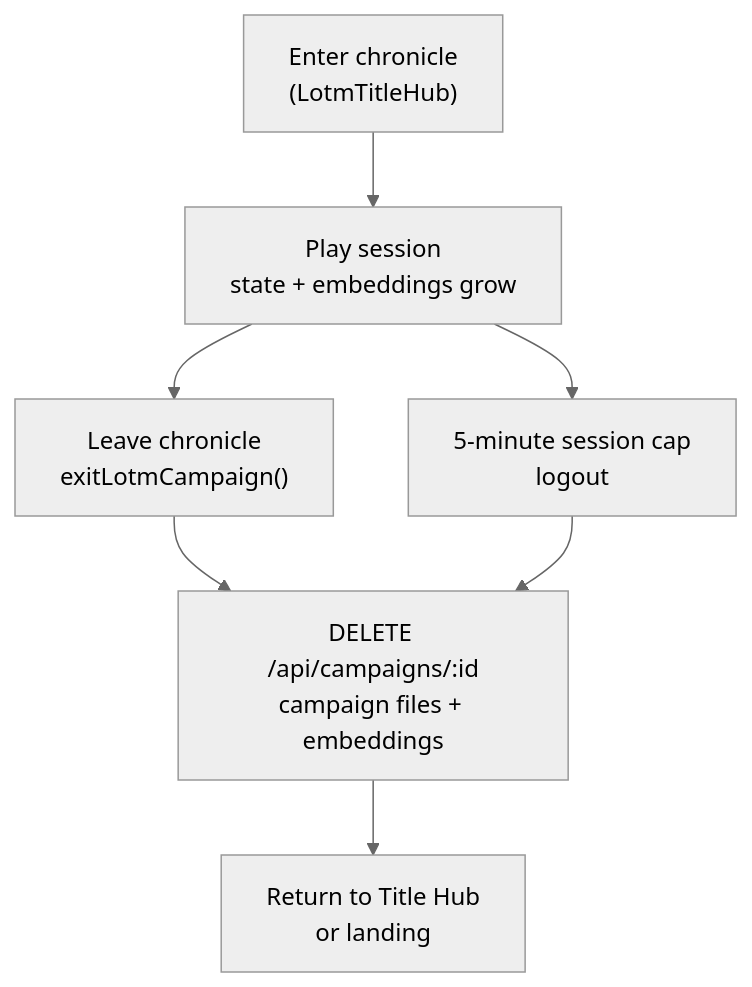
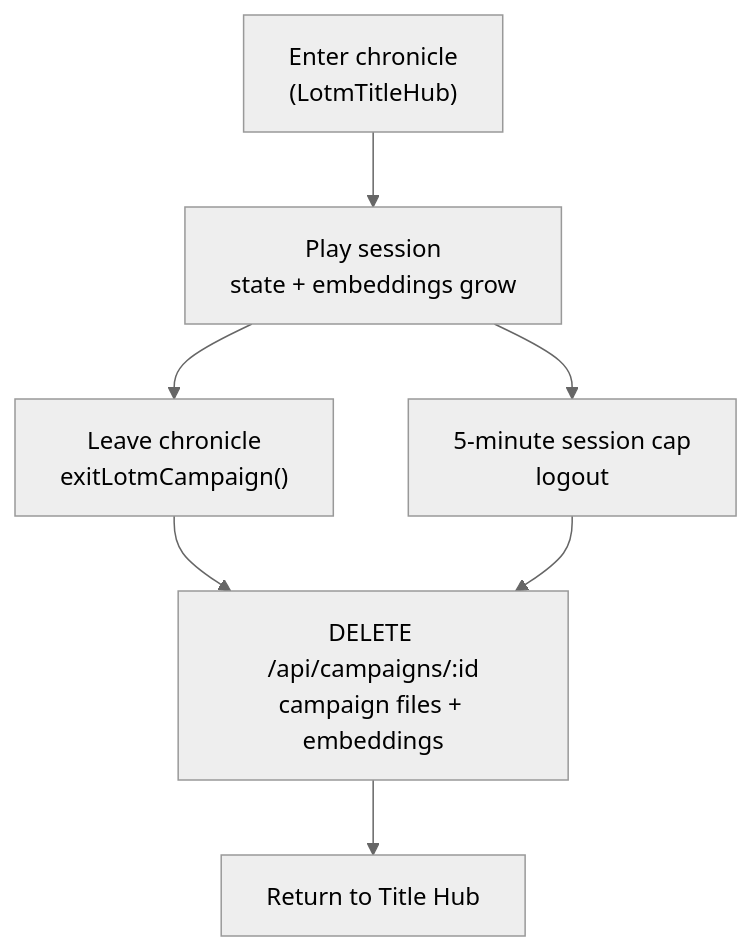
One commit to TheMagiche/LOTM-GAME changed the second of 3 diagrams in docs/agents/demo-vps-player-deployment.md. Above: the diagram before and after it, drawn with Mermaid (neutral theme). The commit also changed other lines of this file and 10 other files, not shown here.

````diff
--- a/docs/agents/demo-vps-player-deployment.md
+++ b/docs/agents/demo-vps-player-deployment.md
@@ -141,15 +146,15 @@
 ```mermaid
 flowchart TD
     Enter["Enter chronicle\n(LotmTitleHub)"]
     Play["Play session\nstate + embeddings grow"]
     Exit["Leave chronicle\nexitLotmCampaign()"]
     Timeout["5-minute session cap\nlogout"]
     Delete["DELETE /api/campaigns/:id\ncampaign files + embeddings"]
-    Hub["Return to Title Hub\nor landing"]
+    Hub["Return to Title Hub"]
     Enter --> Play
     Play --> Exit
     Play --> Timeout
     Exit --> Delete
     Timeout --> Delete
     Delete --> Hub
 ```
````
